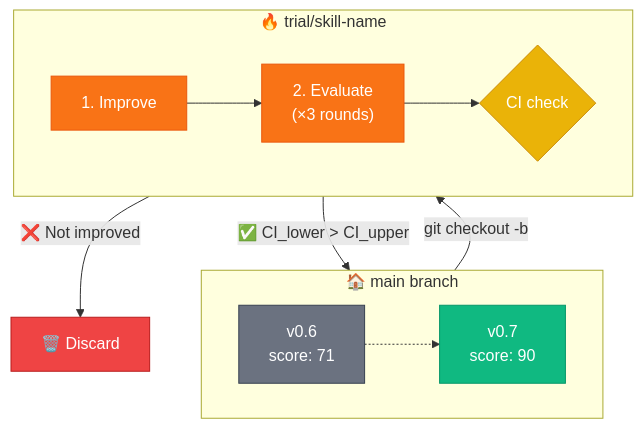
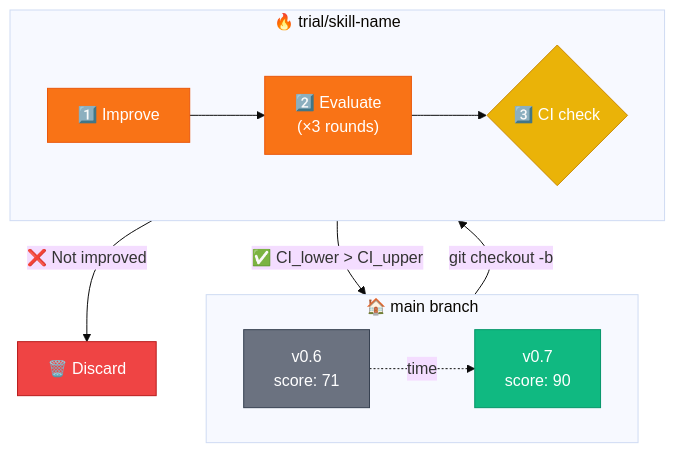
One commit to quantsquirrel/claude-forge-smith changed the fifth of 11 diagrams in README.md. Above: the diagram before and after it, drawn with Mermaid. The commit also changed other lines of this file and 1 other file, not shown here.

First line of the commit message:
Unify design with Mermaid diagrams throughout

````diff
--- a/README.md
+++ b/README.md
@@ -126,24 +167,29 @@
 ```mermaid
+%%{init: {'theme': 'base'}}%%
 flowchart TB
     subgraph MAIN["🏠 main branch"]
         direction LR
-        C1["v0.6<br/>score: 71"] -.-> C2["v0.7<br/>score: 90"]
+        C1["v0.6<br/>score: 71"]
+        C2["v0.7<br/>score: 90"]
+        C1 -.->|"time"| C2
     end
 
     subgraph TRIAL["🔥 trial/skill-name"]
         direction LR
-        T1["1. Improve"] --> T2["2. Evaluate<br/>(×3 rounds)"]
-        T2 --> T3{"CI check"}
+        T1["1️⃣ Improve"]
+        T2["2️⃣ Evaluate<br/>(×3 rounds)"]
+        T3{"3️⃣ CI check"}
+        T1 --> T2 --> T3
     end
 
     C1 -->|"git checkout -b"| T1
     T3 -->|"✅ CI_lower > CI_upper"| C2
     T3 -->|"❌ Not improved"| D["🗑️ Discard"]
 
     style C1 fill:#6b7280,stroke:#374151,color:#fff
     style C2 fill:#10b981,stroke:#059669,color:#fff
     style T1 fill:#f97316,stroke:#ea580c,color:#fff
     style T2 fill:#f97316,stroke:#ea580c,color:#fff
     style T3 fill:#eab308,stroke:#ca8a04,color:#fff
     style D fill:#ef4444,stroke:#b91c1c,color:#fff
 ```
````
